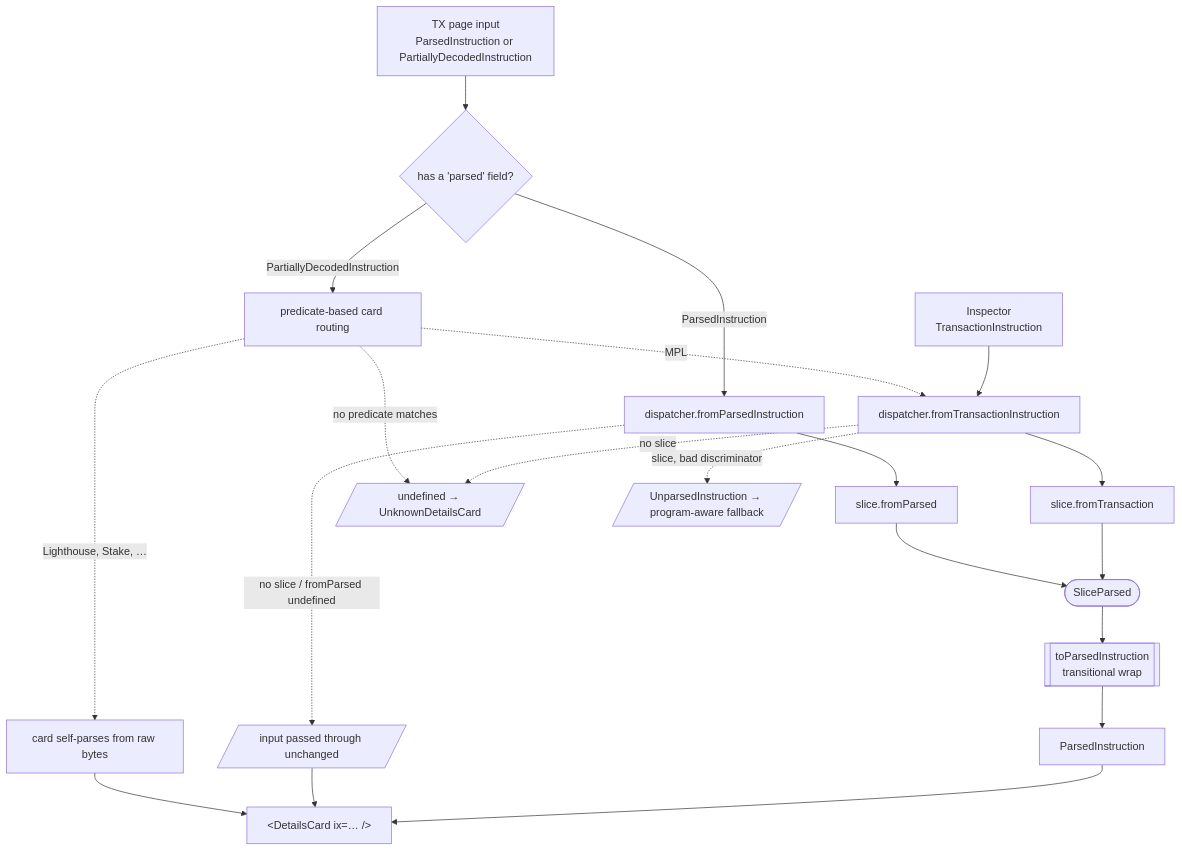
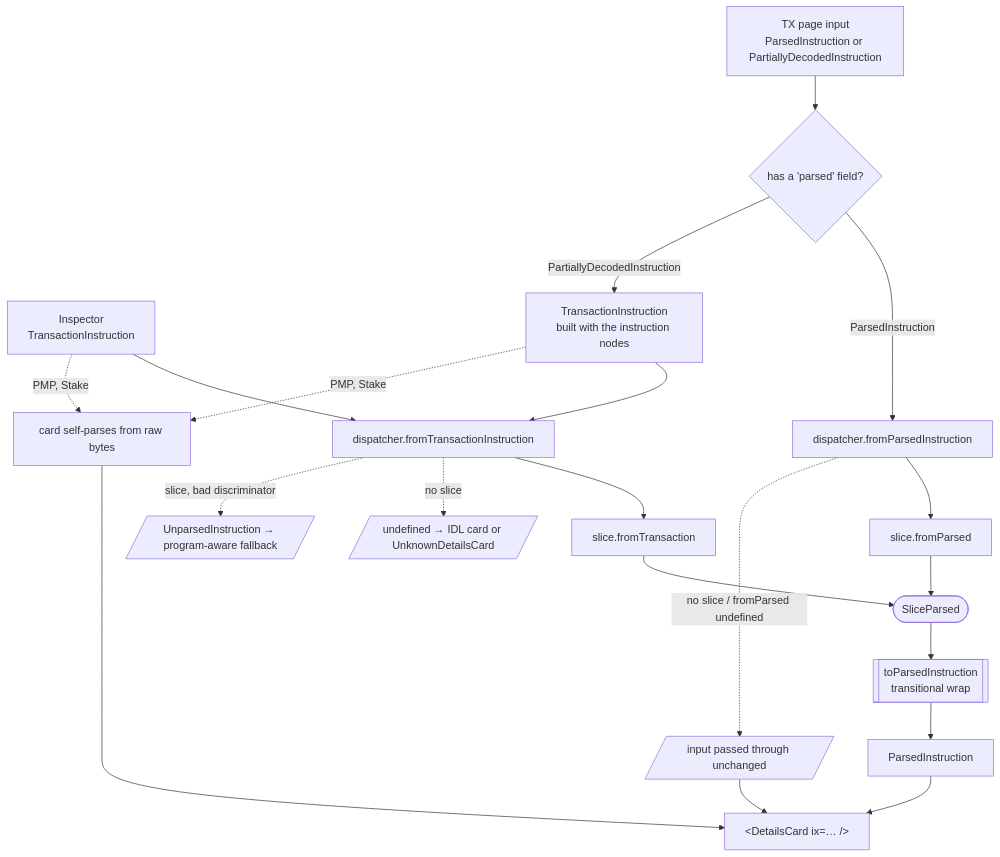
The diagram in openspec/changes/unify-instruction-parsing/specs/instruction-parser/spec.md (solana-foundation/explorer), drawn with Mermaid before and after one commit. The commit also changed other lines of this file and 13 other files, not shown here.

First line of the commit message:
refactor(instruction-card): move the tx frame and archive the spec

````diff
--- a/openspec/changes/unify-instruction-parsing/specs/instruction-parser/spec.md
+++ b/openspec/changes/unify-instruction-parsing/specs/instruction-parser/spec.md
@@ -9,27 +9,27 @@
 ```mermaid
 flowchart TD
     A[Inspector<br/>TransactionInstruction] --> B[dispatcher.fromTransactionInstruction]
     C[TX page input<br/>ParsedInstruction or PartiallyDecodedInstruction] --> Q{has a 'parsed' field?}
     Q -- ParsedInstruction --> D[dispatcher.fromParsedInstruction]
-    Q -- PartiallyDecodedInstruction --> K[predicate-based card routing]
+    Q -- PartiallyDecodedInstruction --> T[TransactionInstruction<br/>built with the instruction nodes]
+    T --> B
 
     B --> E[slice.fromTransaction]
     D --> F[slice.fromParsed]
 
     E --> G([SliceParsed])
     F --> G
 
     G --> H[[toParsedInstruction<br/>transitional wrap]]
     H --> I[ParsedInstruction]
 
-    B -. no slice .-> U[/undefined → UnknownDetailsCard/]
+    B -. no slice .-> U[/undefined → IDL card or UnknownDetailsCard/]
     B -. slice, bad discriminator .-> N[/UnparsedInstruction → program-aware fallback/]
     D -. no slice / fromParsed undefined .-> R[/input passed through unchanged/]
-    K -. MPL .-> B
-    K -. Lighthouse, Stake, … .-> KK[card self-parses from raw bytes]
-    K -. no predicate matches .-> U
+    A -. PMP, Stake .-> KK[card self-parses from raw bytes]
+    T -. PMP, Stake .-> KK
 
     I --> J[&lt;DetailsCard ix=… /&gt;]
     R --> J
     KK --> J
 ```
````
